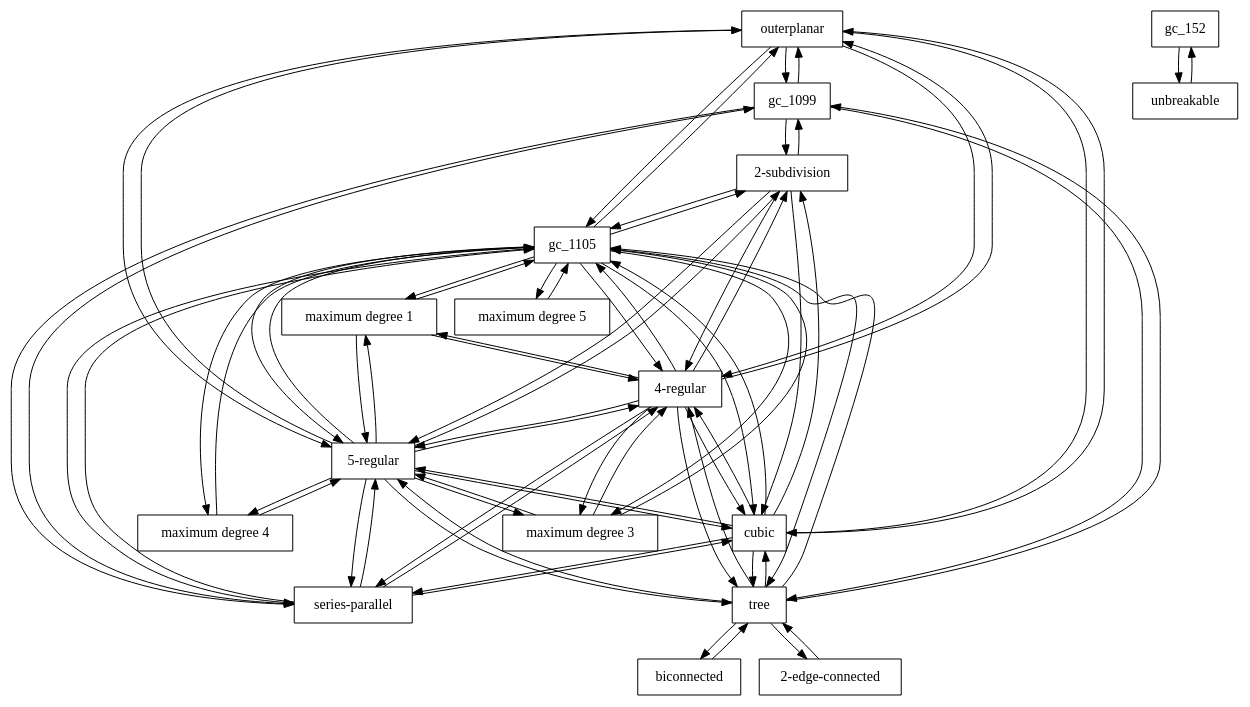
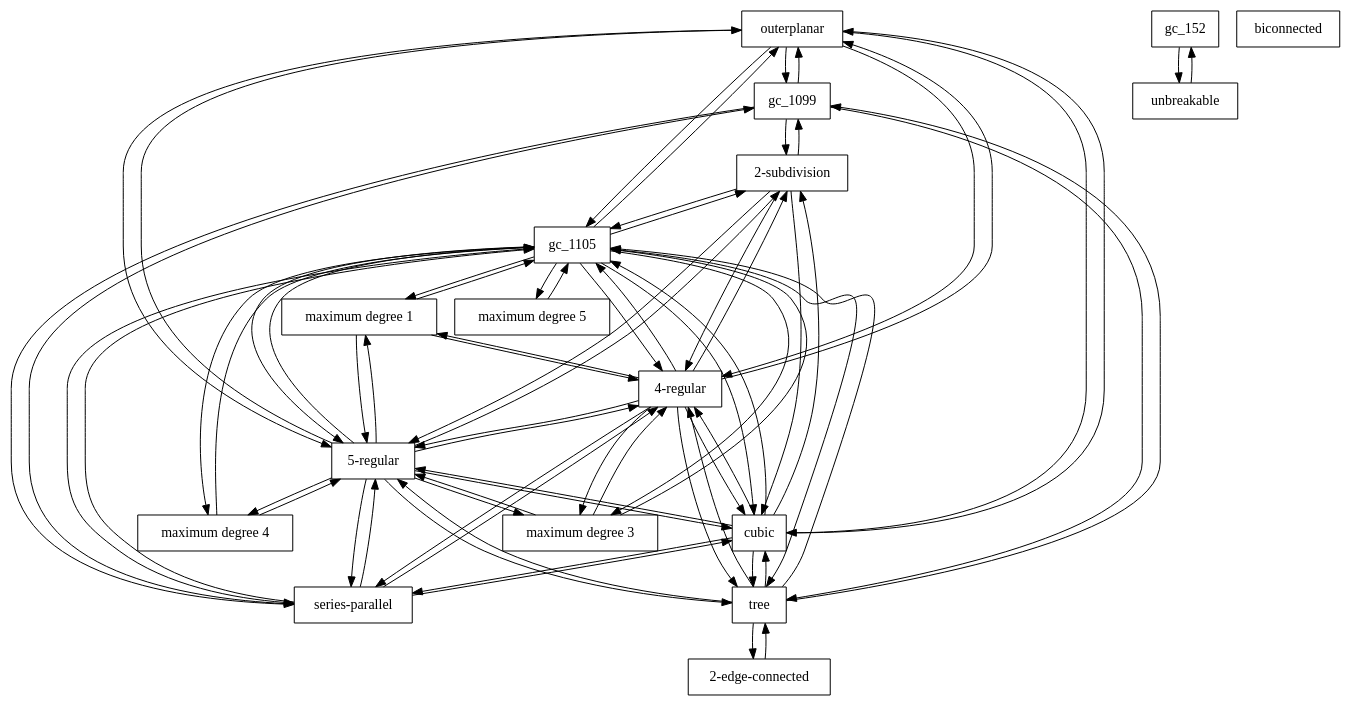
Before and after one commit to alabarre/graphotaxy: the diagram in src/isgci/exclusion-graph.dot, drawn with Graphviz. The commit also changed 3 other files, not shown here.

```diff
--- a/src/isgci/exclusion-graph.dot
+++ b/src/isgci/exclusion-graph.dot
@@ -1,140 +1,136 @@
 // TODO document each exclusion relationship
 digraph G {
     node [shape=rect]
     // graph classes ----------------------------------------------------------
     gc_110  [label="outerplanar"]
     gc_152  [texlbl="$P_4$-free"]
     gc_277  [label="unbreakable"]
     gc_275  [label="series-parallel"]
     gc_342  [label="tree"]
     gc_717 [label="maximum degree 4"]
     gc_720 [label="maximum degree 3"]
     gc_771  [label="biconnected"]
     gc_1099 [texlbl="$k$-regular, fixed $k\ge 3$"]
     gc_1100 [label="cubic"]
     gc_1101 [label="4-regular"]
     gc_1104 [label="5-regular"]
     gc_1105 [texlbl="$k$-regular, fixed $k\ge 6$"]
     gc_1139 [label="maximum degree 5"]
     gc_1299 [label="maximum degree 1"]
     gc_1362 [label="2-edge-connected"]
     gc_472 [label="2-subdivision"]
     
     
     
 //     gc_1119 [label="maximum degree 6"] // not used yet
 //     gc_1090 [label="maximum degree 7"] // not used yet
     
     
     // relationships involving trees ------------------------------------------
     // trees are not 2-edge-connected
     gc_342 -> gc_1362
     gc_1362 -> gc_342
-
-    // trees are not 2-vertex-connected
-    gc_342 -> gc_771
-    gc_771 -> gc_342
 
     // trivial: no tree is k-regular for any k >= 3
     gc_342 -> gc_1099 // k >= 3
     gc_1099 -> gc_342 // k >= 3
     gc_342 -> gc_1100 // k = 3 
     gc_1100 -> gc_342 // k = 3
     gc_342 -> gc_1101 // k = 4
     gc_1101 -> gc_342 // k = 4
     gc_342 -> gc_1104 // k = 5
     gc_1104 -> gc_342 // k = 5
     gc_342 -> gc_1105 // k >= 6
     gc_1105 -> gc_342 // k >= 6
     
     // relationships involving bounded degrees --------------------------------
     // trivial: maximum degree k -> not p-regular for any p > k
     gc_1299 -> gc_1101 // k = 1, p = 4
     gc_1101 -> gc_1299 // k = 1, p = 4
     gc_1299 -> gc_1104 // k = 1, p = 5
     gc_1104 -> gc_1299 // k = 1, p = 5
     gc_1299 -> gc_1105 // k = 1, p >= 6
     gc_1105 -> gc_1299 // k = 1, p >= 6
 
     gc_720 -> gc_1101 // k = 3, p = 4
     gc_1101 -> gc_720 // k = 3, p = 4
     gc_720 -> gc_1104 // k = 3, p = 5
     gc_1104 -> gc_720 // k = 3, p = 5
     gc_720 -> gc_1105 // k = 3, p >= 6
     gc_1105 -> gc_720 // k = 3, p >= 6
 
     gc_717 -> gc_1104 // k = 4, p = 5
     gc_1104 -> gc_717 // k = 4, p = 5
     gc_717 -> gc_1105 // k = 4, p >= 6
     gc_1105 -> gc_717 // k = 4, p >= 6
 
     gc_1139 -> gc_1105 // k = 5, p >= 6
     gc_1105 -> gc_1139 // k = 5, p >= 6
     
     // trivial: k-regular -> not p-regular for any p != k
     gc_1100 -> gc_1101 // k = 3, p = 4
     gc_1101 -> gc_1100 // k = 3, p = 4
     gc_1100 -> gc_1104 // k = 3, p = 5
     gc_1104 -> gc_1100 // k = 3, p = 5
     gc_1100 -> gc_1105 // k = 3, p = 6
     gc_1105 -> gc_1100 // k = 3, p = 6
     gc_1101 -> gc_1104 // k = 4, p = 5
     gc_1104 -> gc_1101 // k = 4, p = 5
     gc_1101 -> gc_1105 // k = 4, p = 6
     gc_1105 -> gc_1101 // k = 4, p = 6
     gc_1104 -> gc_1105 // k = 5, p = 6
     gc_1105 -> gc_1104 // k = 5, p = 6
 
     // series-parallel <-> not k-regular for any k >= 3
     gc_275 -> gc_1099 // k >= 3
     gc_1099 -> gc_275 // k >= 3
     gc_275 -> gc_1100 // k = 3 
     gc_1100 -> gc_275 // k = 3
     gc_275 -> gc_1101 // k = 4
     gc_1101 -> gc_275 // k = 4
     gc_275 -> gc_1104 // k = 5
     gc_1104 -> gc_275 // k = 5
     gc_275 -> gc_1105 // k >= 6
     gc_1105 -> gc_275 // k >= 6
    
     // outerplanar <-> not k-regular for any k >= 3
     gc_110 -> gc_1099 // k >= 3
     gc_1099 -> gc_110 // k >= 3
     gc_110 -> gc_1100 // k = 3 
     gc_1100 -> gc_110 // k = 3
     gc_110 -> gc_1101 // k = 4
     gc_1101 -> gc_110 // k = 4
     gc_110 -> gc_1104 // k = 5
     gc_1104 -> gc_110 // k = 5
     gc_110 -> gc_1105 // k >= 6
     gc_1105 -> gc_110 // k >= 6
     
     
     // other classes ------------------------------------------------------------------------------
     // unbreakable graphs contain a P_4 (see https://dx.doi.org/10.1002/JGT.3190150403 , page 351)
     gc_277 -> gc_152
     gc_152 -> gc_277
 
     // by construction, 2-subdivisions (gc_472) cannot have minimum degree > 2, so we exclude:
     //  - gc_1099 [texlbl="$k$-regular, fixed $k\ge 3$"]
     //  - gc_1100 [label="cubic"]
     //  - gc_1101 [label="4-regular"]
     //  - gc_1104 [label="5-regular"]
     //  - gc_1105 [texlbl="$k$-regular, fixed $k\ge 6$"]
     //
     // we do not exclude gc_1299 [label="maximum degree 1"], because a 2-subdivision might consist
     // of isolated vertices if the original graph to subdivide was edgeless
     gc_472 -> gc_1099
     gc_472 -> gc_1100
     gc_472 -> gc_1101
     gc_472 -> gc_1104
     gc_472 -> gc_1105
     // and the other way around
     gc_1099 -> gc_472
     gc_1100 -> gc_472
     gc_1101 -> gc_472
     gc_1104 -> gc_472
     gc_1105 -> gc_472
 
 
 }
```
